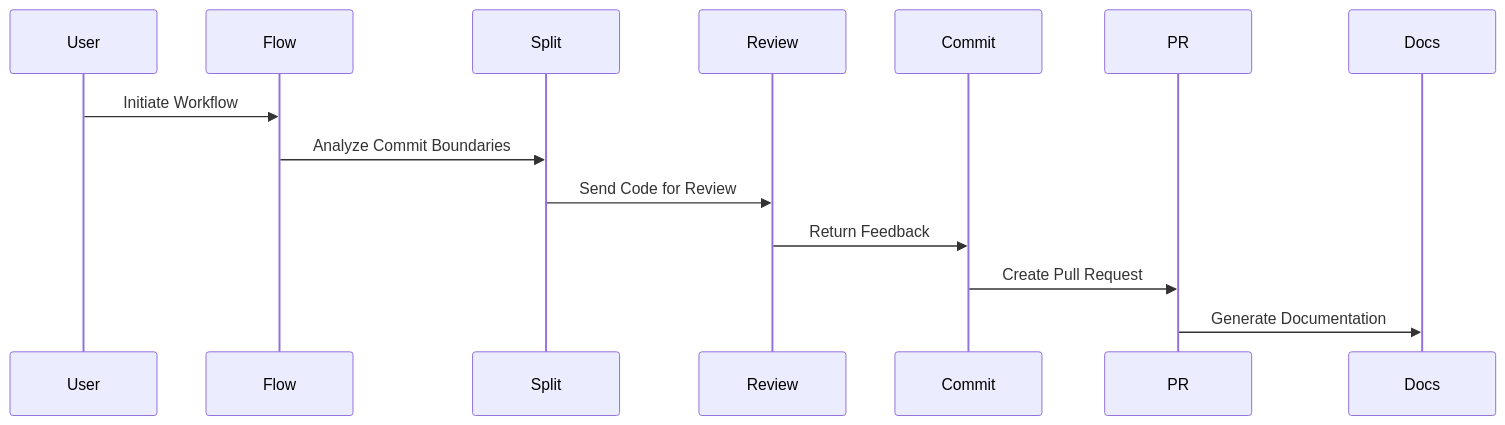
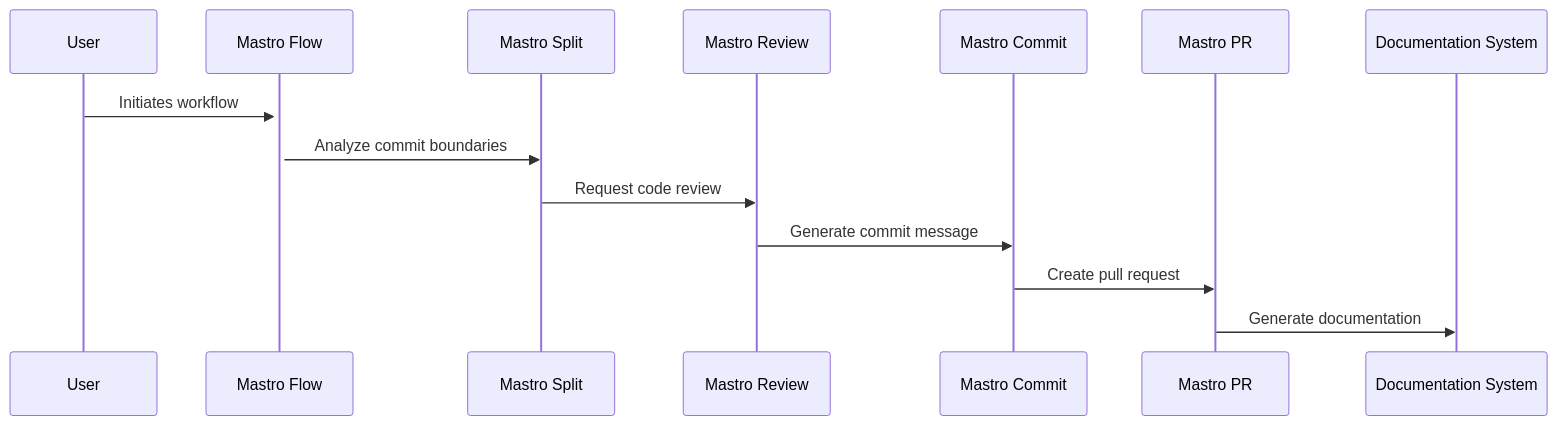
The second of 2 diagrams in docs/architecture.md (geogoesbeepboop/refiner), drawn with Mermaid before and after one commit. The commit also changed other lines of this file and 8 other files, not shown here.

````diff
--- a/docs/architecture.md
+++ b/docs/architecture.md
@@ -146,17 +141,9 @@
 ```mermaid
-sequenceDiagram
-    participant User
-    participant Flow
-    participant Split
-    participant Review
-    participant Commit
-    participant PR
-    participant Docs
-
-    User->>Flow: Initiate Workflow
-    Flow->>Split: Analyze Commit Boundaries
-    Split->>Review: Send Code for Review
-    Review->>Commit: Return Feedback
-    Commit->>PR: Create Pull Request
-    PR->>Docs: Generate Documentation
+sequenceDiagram;
+    User->>+Mastro Flow: Initiates workflow
+    Mastro Flow->>Mastro Split: Analyze commit boundaries
+    Mastro Split->>Mastro Review: Request code review
+    Mastro Review->>Mastro Commit: Generate commit message
+    Mastro Commit->>Mastro PR: Create pull request
+    Mastro PR->>Documentation System: Generate documentation
 ```
````
